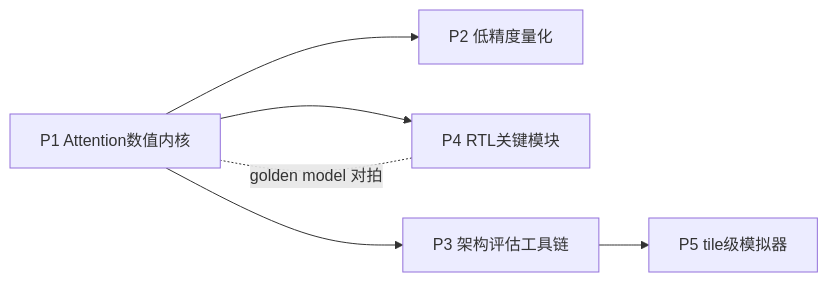
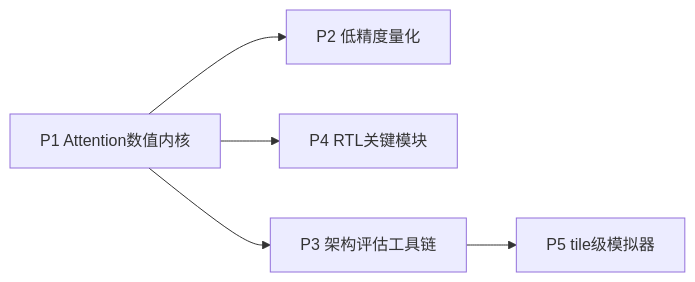
The diagram in learning/README.md (eason8319/attention-accelerator-phd), drawn with Mermaid before and after one commit. The commit also changed other lines of this file and 22 other files, not shown here.

````diff
--- a/learning/README.md
+++ b/learning/README.md
@@ -26,8 +40,7 @@
 ```mermaid
 flowchart LR
   P1[P1 Attention数值内核] --> P2[P2 低精度量化]
   P1 --> P4[P4 RTL关键模块]
   P1 --> P3[P3 架构评估工具链]
   P3 --> P5[P5 tile级模拟器]
-  P4 -. golden model 对拍 .- P1
 ```
````
